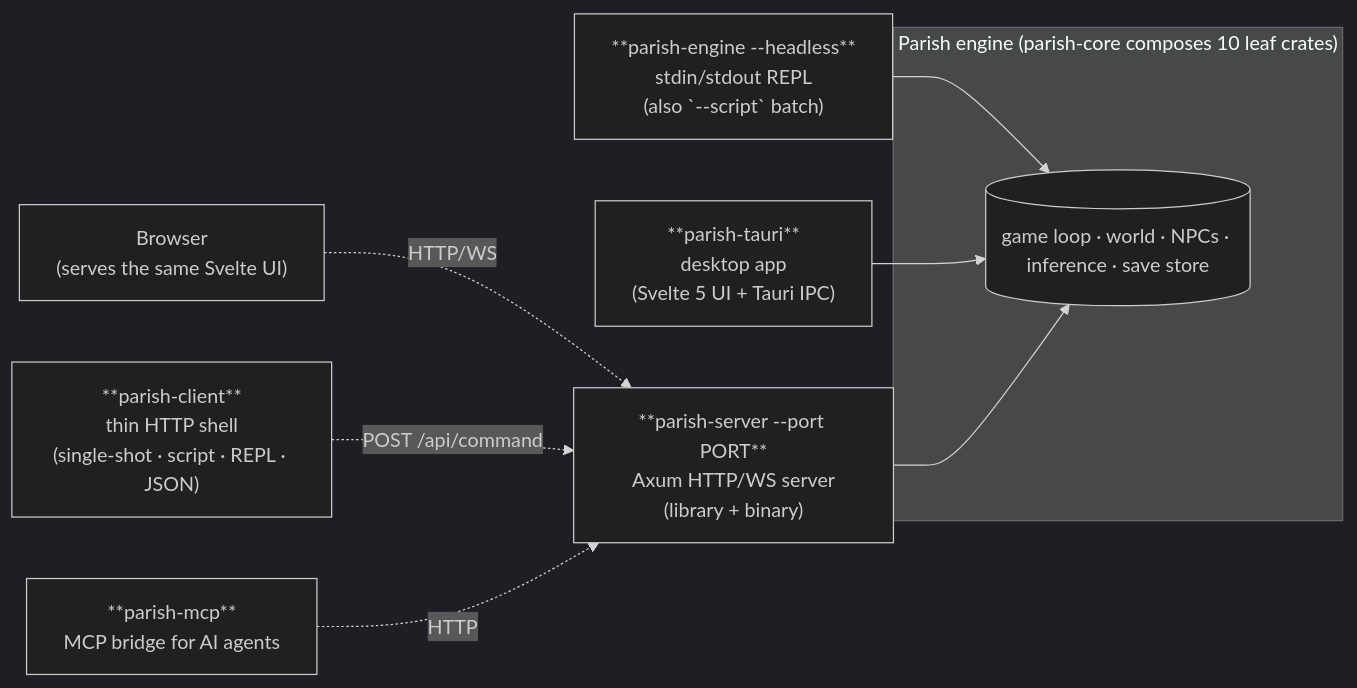
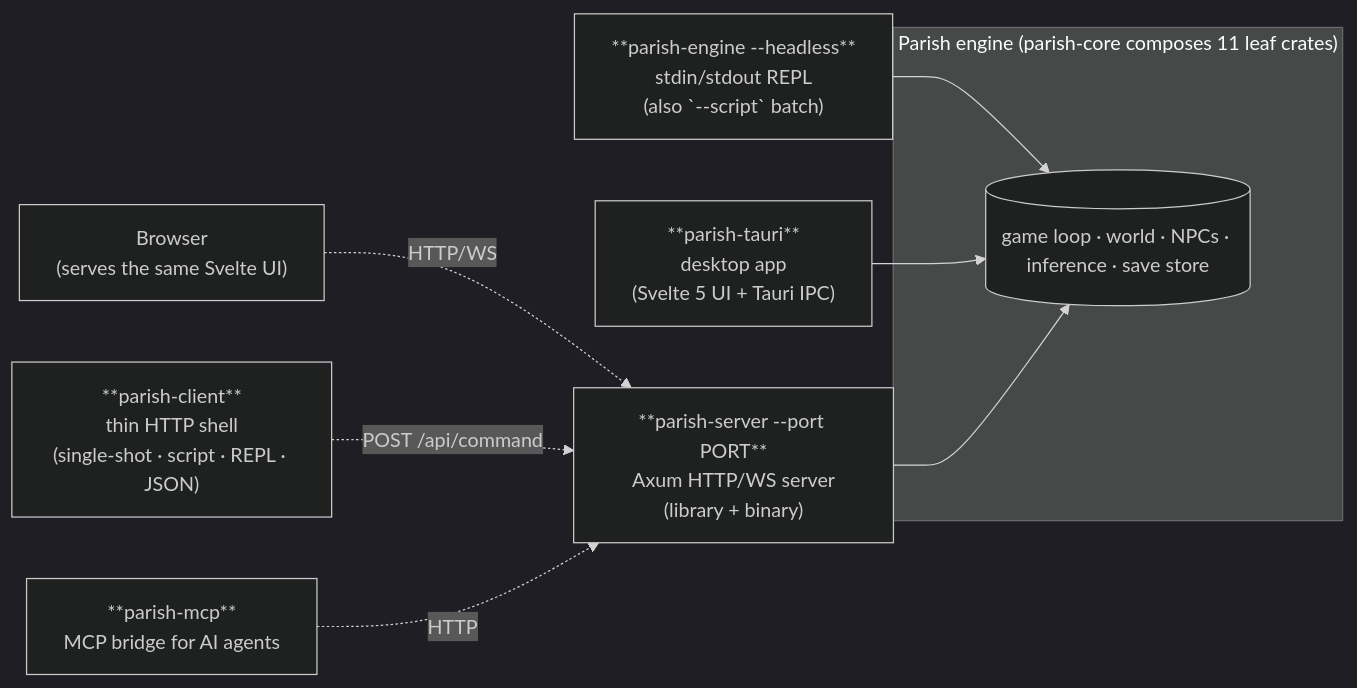
One commit to dmooney/Rundale changed the first of 2 diagrams in README.md. Above: the diagram before and after it, drawn with Mermaid (dark theme). The commit also changed other lines of this file and 19 other files, not shown here.

First line of the commit message:
refactor(core): extract editor subsystem into parish-editor crate (#1409)

````diff
--- a/README.md
+++ b/README.md
@@ -22,21 +22,21 @@
 ```mermaid
 flowchart LR
-    subgraph Engine["Parish engine (parish-core composes 10 leaf crates)"]
+    subgraph Engine["Parish engine (parish-core composes 11 leaf crates)"]
         Core[("game loop · world · NPCs · inference · save store")]
     end
 
     Repl["**parish-engine --headless**<br/>stdin/stdout REPL<br/>(also `--script` batch)"]
     Tauri["**parish-tauri**<br/>desktop app<br/>(Svelte 5 UI + Tauri IPC)"]
     Server["**parish-server --port PORT**<br/>Axum HTTP/WS server<br/>(library + binary)"]
 
     Browser["Browser<br/>(serves the same Svelte UI)"]
     Client["**parish-client**<br/>thin HTTP shell<br/>(single-shot · script · REPL · JSON)"]
     MCP["**parish-mcp**<br/>MCP bridge for AI agents"]
 
     Repl --> Core
     Tauri --> Core
     Server --> Core
     Browser -. HTTP/WS .-> Server
     Client -. POST /api/command .-> Server
     MCP -. HTTP .-> Server
 ```
````
